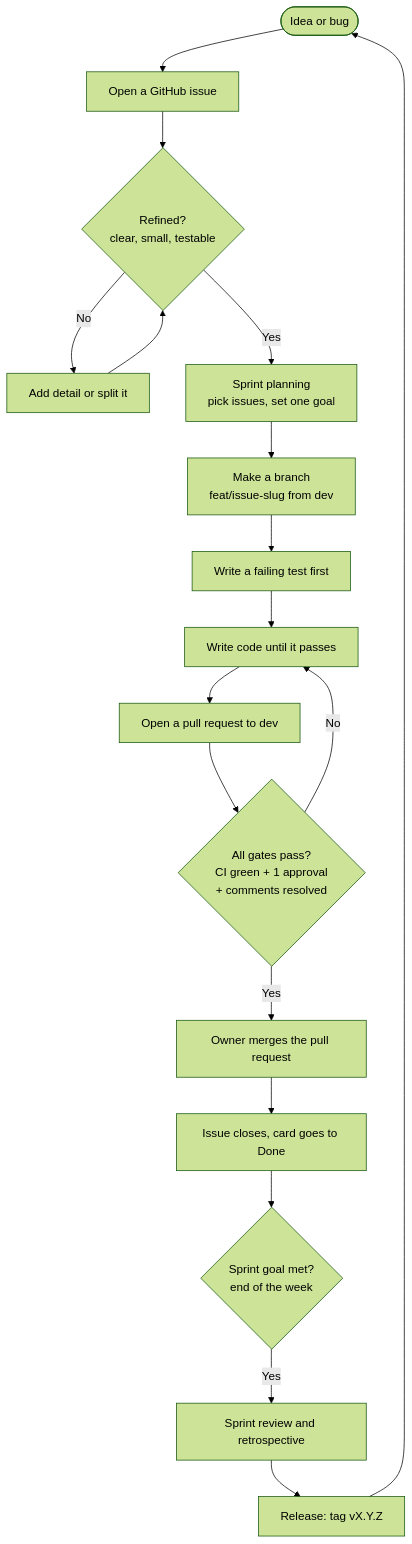
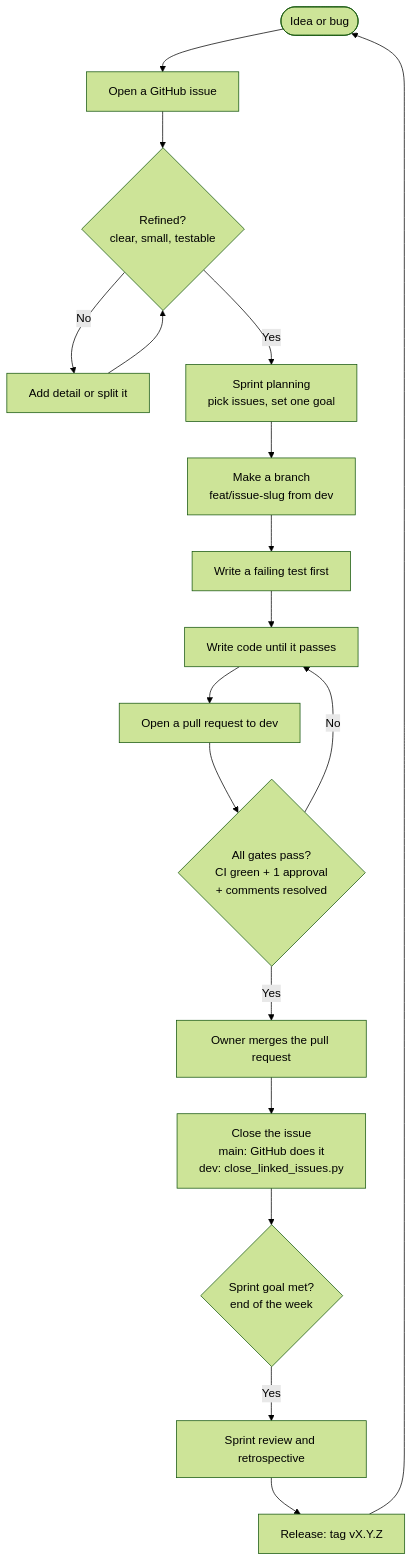
One commit to satvik-jain-iitd/shipquick_latest changed the second of 3 diagrams in docs/development-flow.md. Above: the diagram before and after it, drawn with Mermaid (forest theme). The commit also changed other lines of this file and 10 other files, not shown here.

First line of the commit message:
feat: close linked story issues by hand after a merge into dev

````diff
--- a/docs/development-flow.md
+++ b/docs/development-flow.md
@@ -27,20 +27,20 @@
 ```mermaid
 flowchart TD
     A(["Idea or bug"]) --> B["Open a GitHub issue"]
     B --> C{"Refined?<br/>clear, small, testable"}
     C -->|"No"| D["Add detail or split it"]
     D --> C
     C -->|"Yes"| E["Sprint planning<br/>pick issues, set one goal"]
     E --> F["Make a branch<br/>feat/issue-slug from dev"]
     F --> G["Write a failing test first"]
     G --> H["Write code until it passes"]
     H --> I["Open a pull request to dev"]
     I --> J{"All gates pass?<br/>CI green + 1 approval<br/>+ comments resolved"}
     J -->|"No"| H
     J -->|"Yes"| K["Owner merges the pull request"]
-    K --> L["Issue closes, card goes to Done"]
+    K --> L["Close the issue<br/>main: GitHub does it<br/>dev: close_linked_issues.py"]
     L --> M{"Sprint goal met?<br/>end of the week"}
     M -->|"Yes"| N["Sprint review and retrospective"]
     N --> O["Release: tag vX.Y.Z"]
     O --> A
 ```
````
